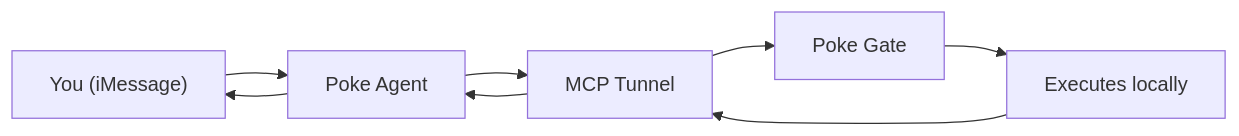
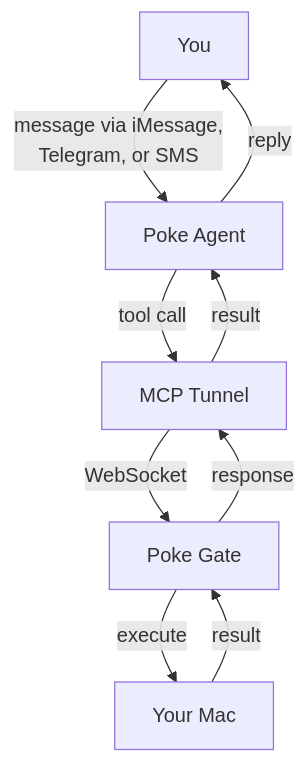
Before and after one commit to f/poke-gate: the diagram in docs/how-it-works.md, drawn with Mermaid. The commit also changed 8 other files, not shown here.

````diff
--- a/docs/how-it-works.md
+++ b/docs/how-it-works.md
@@ -7,10 +7,11 @@
 ```mermaid
-flowchart LR
-    A["You (iMessage)"] --> B["Poke Agent"]
-    B --> C["MCP Tunnel"]
-    C --> D["Poke Gate"]
-    D --> E["Executes locally"]
-    E --> C
-    C --> B
-    B --> A
+flowchart TB
+    You["You"] -->|message via iMessage,\nTelegram, or SMS| Agent["Poke Agent"]
+    Agent -->|tool call| Tunnel["MCP Tunnel"]
+    Tunnel -->|WebSocket| Gate["Poke Gate"]
+    Gate -->|execute| Mac["Your Mac"]
+    Mac -->|result| Gate
+    Gate -->|response| Tunnel
+    Tunnel -->|result| Agent
+    Agent -->|reply| You
 ```
````
